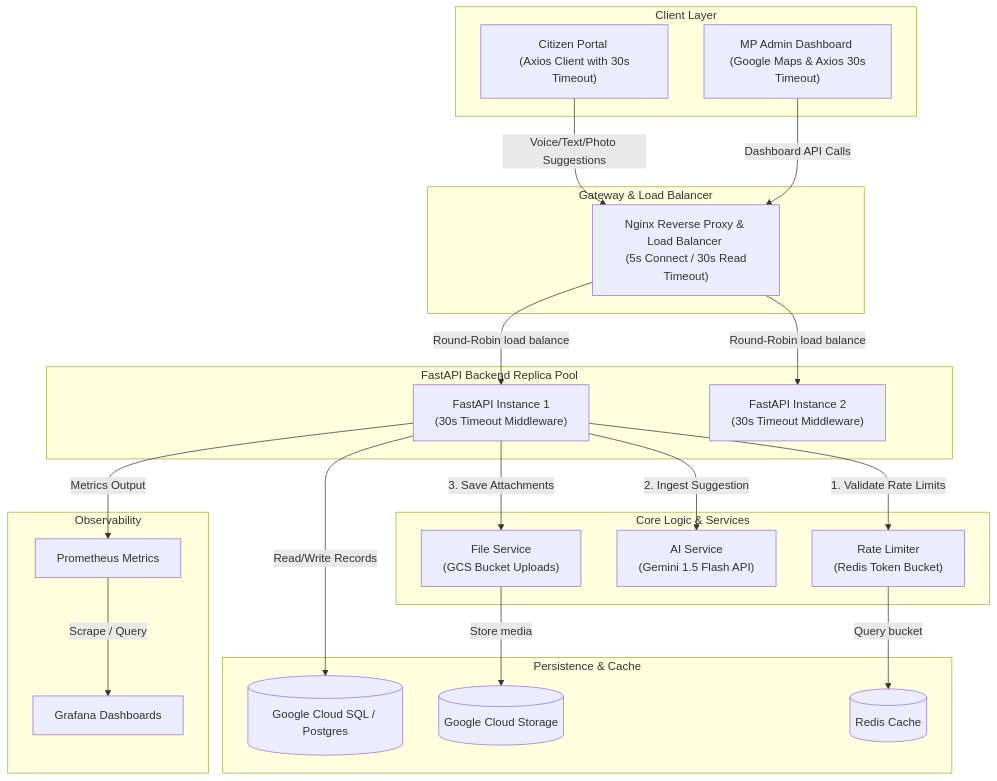
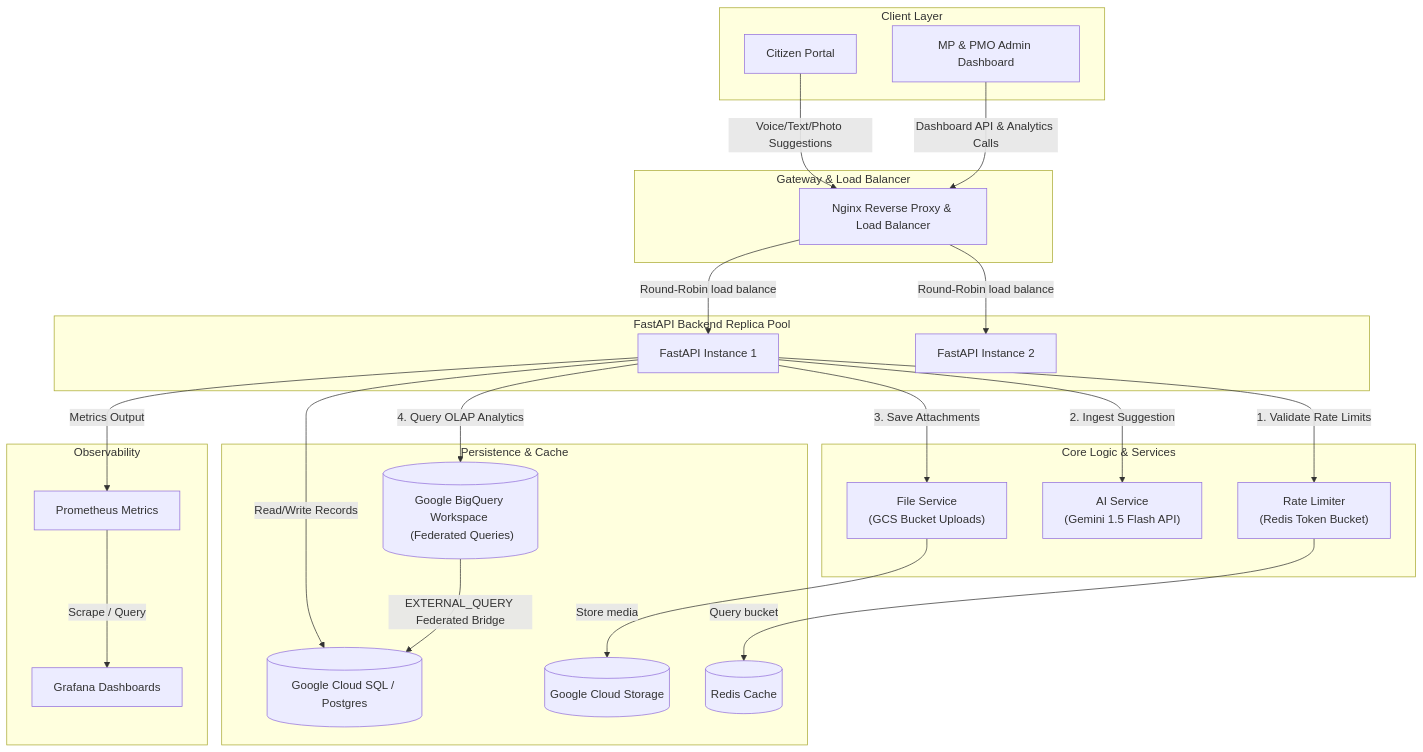
The diagram in README.md (Nandanhs006/Civic-Pulse), drawn with Mermaid before and after one commit. The commit also changed other lines of this file and 10 other files, not shown here.

Commit message:
feat: add PMO BigQuery federated analytics dashboard and update architecture diagram

````diff
--- a/README.md
+++ b/README.md
@@ -22,52 +22,56 @@
 ```mermaid
 graph TB
     subgraph Client Layer
-        Citizen["Citizen Portal <br/> (Axios Client with 30s Timeout)"]
-        Admin["MP Admin Dashboard <br/> (Google Maps & Axios 30s Timeout)"]
+        Citizen["Citizen Portal"]
+        Admin["MP & PMO Admin Dashboard"]
     end
 
     subgraph Gateway & Load Balancer
-        Nginx["Nginx Reverse Proxy & Load Balancer <br/> (5s Connect / 30s Read Timeout)"]
+        Nginx["Nginx Reverse Proxy & Load Balancer"]
     end
 
     subgraph FastAPI Backend Replica Pool
-        FastAPI1["FastAPI Instance 1 <br/> (30s Timeout Middleware)"]
-        FastAPI2["FastAPI Instance 2 <br/> (30s Timeout Middleware)"]
+        FastAPI1["FastAPI Instance 1"]
+        FastAPI2["FastAPI Instance 2"]
     end
 
     subgraph Core Logic & Services
         Limiter["Rate Limiter <br/> (Redis Token Bucket)"]
         AIService["AI Service <br/> (Gemini 1.5 Flash API)"]
         FileService["File Service <br/> (GCS Bucket Uploads)"]
     end
 
     subgraph Persistence & Cache
         CloudSQL[("Google Cloud SQL / Postgres")]
         GCS[("Google Cloud Storage")]
         Cache[("Redis Cache")]
+        BigQuery[("Google BigQuery Workspace <br/> (Federated Queries)")]
     end
 
     subgraph Observability
         Prom["Prometheus Metrics"]
         Grafana["Grafana Dashboards"]
     end
 
     %% Routing connections
     Citizen -->|Voice/Text/Photo Suggestions| Nginx
-    Admin -->|Dashboard API Calls| Nginx
+    Admin -->|Dashboard API & Analytics Calls| Nginx
     
     Nginx -->|Round-Robin load balance| FastAPI1
     Nginx -->|Round-Robin load balance| FastAPI2
     
     FastAPI1 -->|1. Validate Rate Limits| Limiter
     Limiter -->|Query bucket| Cache
     
     FastAPI1 -->|2. Ingest Suggestion| AIService
     FastAPI1 -->|3. Save Attachments| FileService
     
     FileService -->|Store media| GCS
     FastAPI1 -->|Read/Write Records| CloudSQL
     
+    FastAPI1 -->|4. Query OLAP Analytics| BigQuery
+    BigQuery -->|EXTERNAL_QUERY Federated Bridge| CloudSQL
+    
     FastAPI1 -->|Metrics Output| Prom
     Prom -->|Scrape / Query| Grafana
 ```
````
